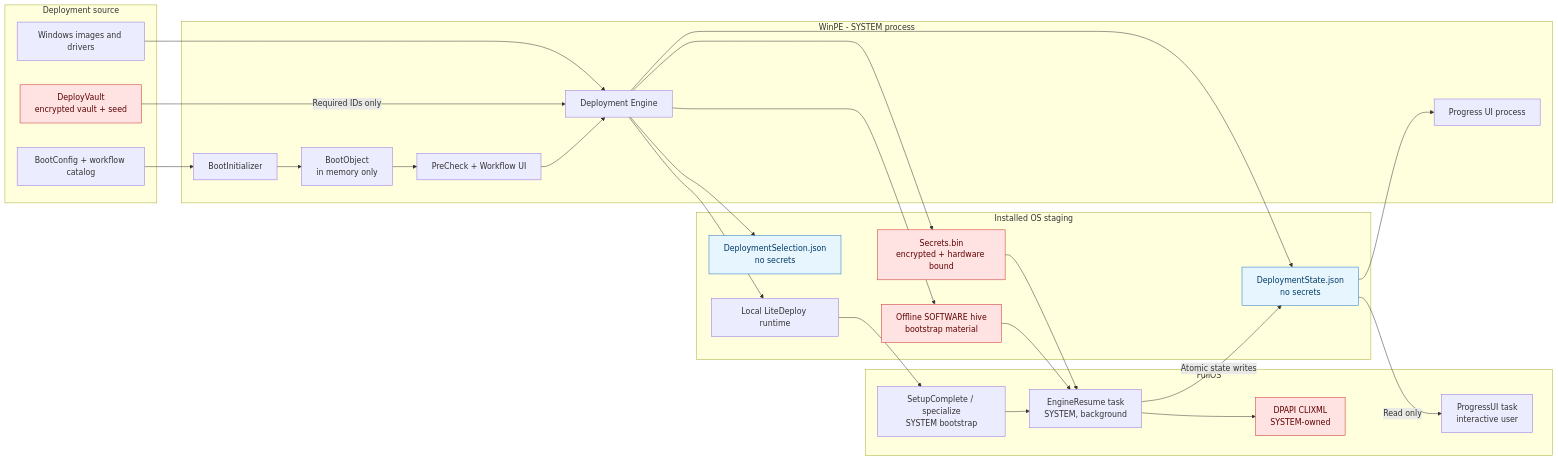
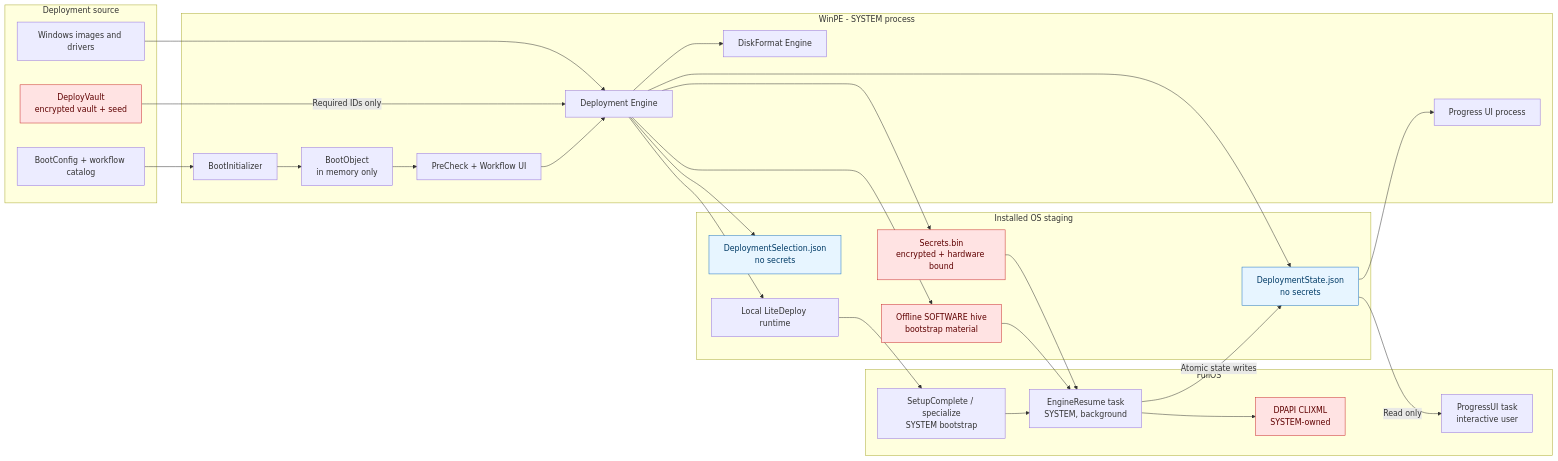
The second of 4 diagrams in _Docs/architecture/LITEDEPLOY_DEPLOYMENT_DIAGRAM.md (cmartinezone/LiteDeploy-Core), drawn with Mermaid before and after one commit. The commit also changed other lines of this file and 21 other files, not shown here.

Commit message:
feat(runtime): add DiskFormat and ApplyOSImage engines, integrate WinPE pipeline orchestration, and sanitize documentation paths

````diff
--- a/_Docs/architecture/LITEDEPLOY_DEPLOYMENT_DIAGRAM.md
+++ b/_Docs/architecture/LITEDEPLOY_DEPLOYMENT_DIAGRAM.md
@@ -73,53 +77,55 @@
 ```mermaid
 flowchart LR
     subgraph Server[Deployment source]
         Config[BootConfig + workflow catalog]
         Content[Windows images and drivers]
         DV[DeployVault<br/>encrypted vault + seed]
     end
 
     subgraph PE[WinPE - SYSTEM process]
         BI[BootInitializer]
         UI[PreCheck + Workflow UI]
         EPE[Deployment Engine]
+        DF[DiskFormat Engine]
         PPE[Progress UI process]
         BO[BootObject<br/>in memory only]
     end
 
     subgraph Disk[Installed OS staging]
         Sel[DeploymentSelection.json<br/>no secrets]
         State[DeploymentState.json<br/>no secrets]
         Bin[Secrets.bin<br/>encrypted + hardware bound]
         Hive[Offline SOFTWARE hive<br/>bootstrap material]
         Runtime[Local LiteDeploy runtime]
     end
 
     subgraph OS[FullOS]
         Bootstrap[SetupComplete / specialize<br/>SYSTEM bootstrap]
         Engine[EngineResume task<br/>SYSTEM, background]
         Secrets[DPAPI CLIXML<br/>SYSTEM-owned]
         PUI[ProgressUI task<br/>interactive user]
     end
 
     Config --> BI
     Content --> EPE
     DV -->|Required IDs only| EPE
     BI --> BO --> UI --> EPE
+    EPE --> DF
     EPE --> Sel
     EPE --> State
     EPE --> Bin
     EPE --> Hive
     EPE --> Runtime
     State --> PPE
     Runtime --> Bootstrap --> Engine
     Bin --> Engine
     Hive --> Engine
     Engine --> Secrets
     Engine -->|Atomic state writes| State
     State -->|Read only| PUI
 
     classDef secret fill:#ffe3e3,stroke:#c92a2a,color:#5f0000
     classDef state fill:#e7f5ff,stroke:#1971c2,color:#003b66
     class DV,Bin,Hive,Secrets secret
     class Sel,State state
 ```
````
